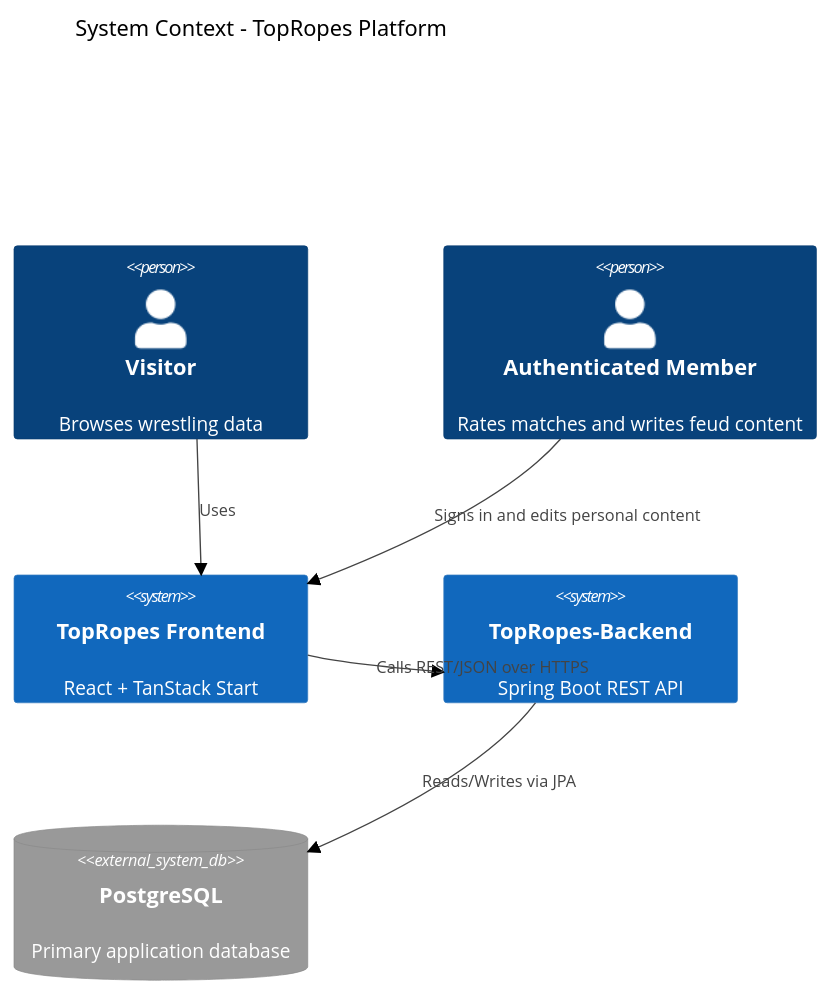
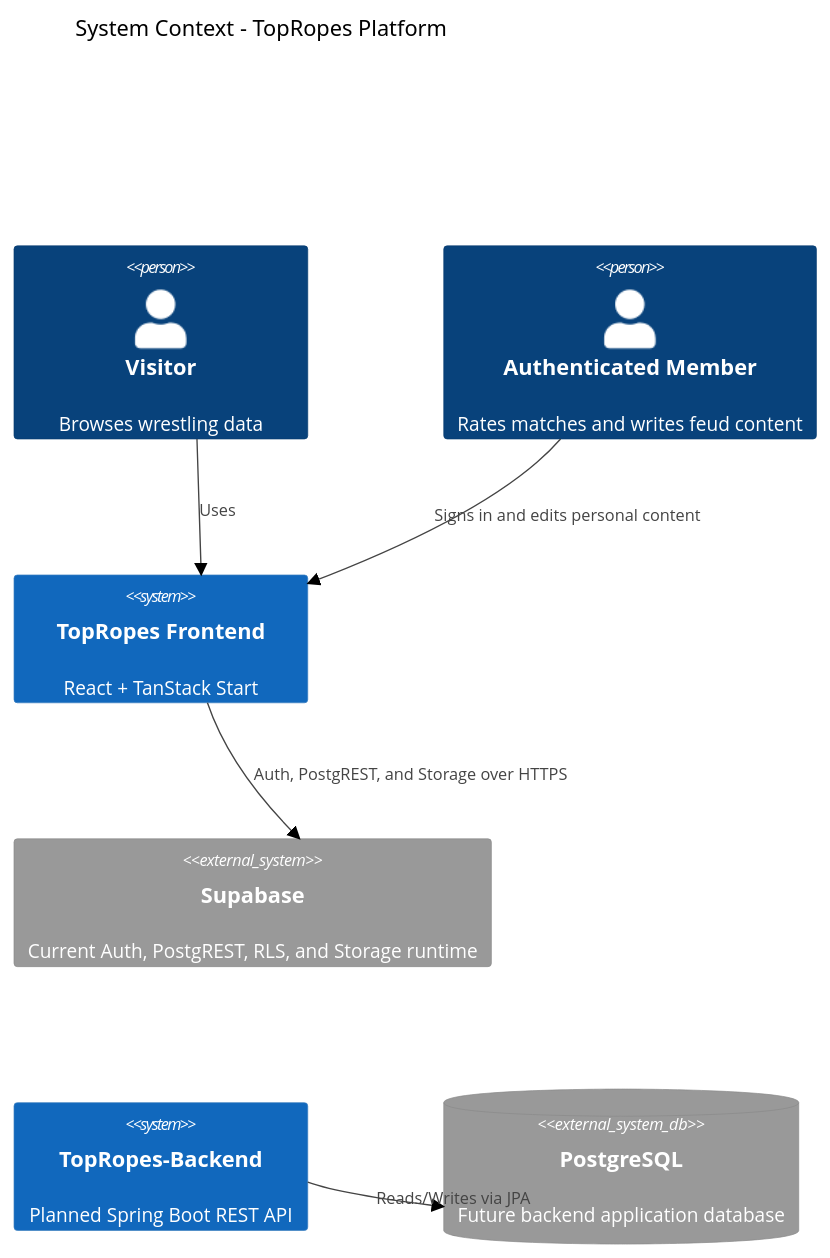
Before and after one commit to BitStunner/TopRopes-Backend: the first of 2 diagrams in docs/architecture/ARCHITECTURE.md, drawn with Mermaid. The commit also changed other lines of this file and 4 other files, not shown here.

````diff
--- a/docs/architecture/ARCHITECTURE.md
+++ b/docs/architecture/ARCHITECTURE.md
@@ -25,17 +26,18 @@
 ```mermaid
 %%{init: {'theme': 'neutral'}}%%
 C4Context
   title System Context - TopRopes Platform
 
   Person(visitor, "Visitor", "Browses wrestling data")
   Person(member, "Authenticated Member", "Rates matches and writes feud content")
 
   System(frontend, "TopRopes Frontend", "React + TanStack Start")
-  System(backend, "TopRopes-Backend", "Spring Boot REST API")
-  SystemDb_Ext(postgres, "PostgreSQL", "Primary application database")
+  System_Ext(supabase, "Supabase", "Current Auth, PostgREST, RLS, and Storage runtime")
+  System(backend, "TopRopes-Backend", "Planned Spring Boot REST API")
+  SystemDb_Ext(postgres, "PostgreSQL", "Future backend application database")
 
   Rel(visitor, frontend, "Uses")
   Rel(member, frontend, "Signs in and edits personal content")
-  Rel(frontend, backend, "Calls REST/JSON over HTTPS")
+  Rel(frontend, supabase, "Auth, PostgREST, and Storage over HTTPS")
   Rel(backend, postgres, "Reads/Writes via JPA")
 ```
````
